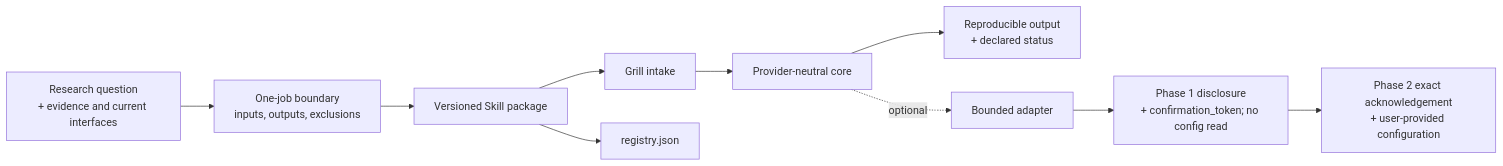
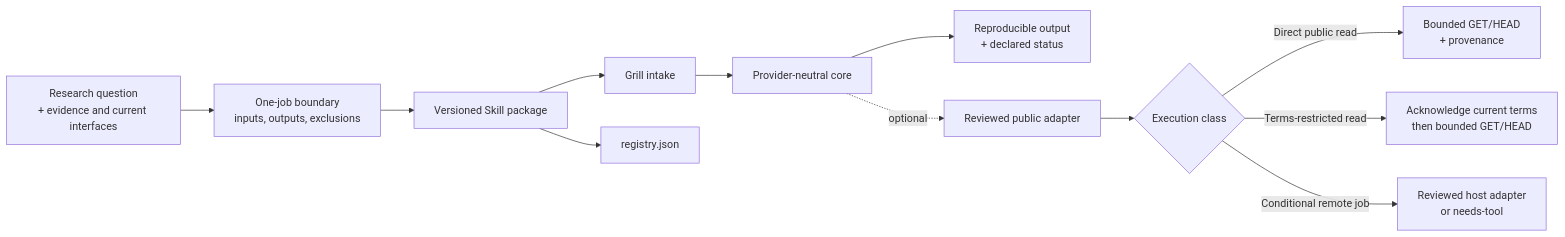
One commit to SteveTangent/goose-bio-skills changed the first of 2 diagrams in docs/architecture.md. Above: the diagram before and after it, drawn with Mermaid. The commit also changed other lines of this file and 66 other files, not shown here.

Commit message:
Release Phase 1 live public research access v0.3.0

````diff
--- a/docs/architecture.md
+++ b/docs/architecture.md
@@ -7,12 +7,14 @@
 ```mermaid
 flowchart LR
     R["Research question<br/>+ evidence and current interfaces"] --> B["One-job boundary<br/>inputs, outputs, exclusions"]
     B --> P["Versioned Skill package"]
     P --> G["Grill intake"]
     G --> C["Provider-neutral core"]
     C --> O["Reproducible output<br/>+ declared status"]
     P --> X["registry.json"]
-    C -. "optional" .-> A["Bounded adapter"]
-    A --> D["Phase 1 disclosure<br/>+ confirmation_token; no config read"]
-    D --> K["Phase 2 exact acknowledgement<br/>+ user-provided configuration"]
+    C -. "optional" .-> A["Reviewed public adapter"]
+    A --> D{"Execution class"}
+    D -- "Direct public read" --> L["Bounded GET/HEAD<br/>+ provenance"]
+    D -- "Terms-restricted read" --> T["Acknowledge current terms<br/>then bounded GET/HEAD"]
+    D -- "Conditional remote job" --> H["Reviewed host adapter<br/>or needs-tool"]
 ```
````
